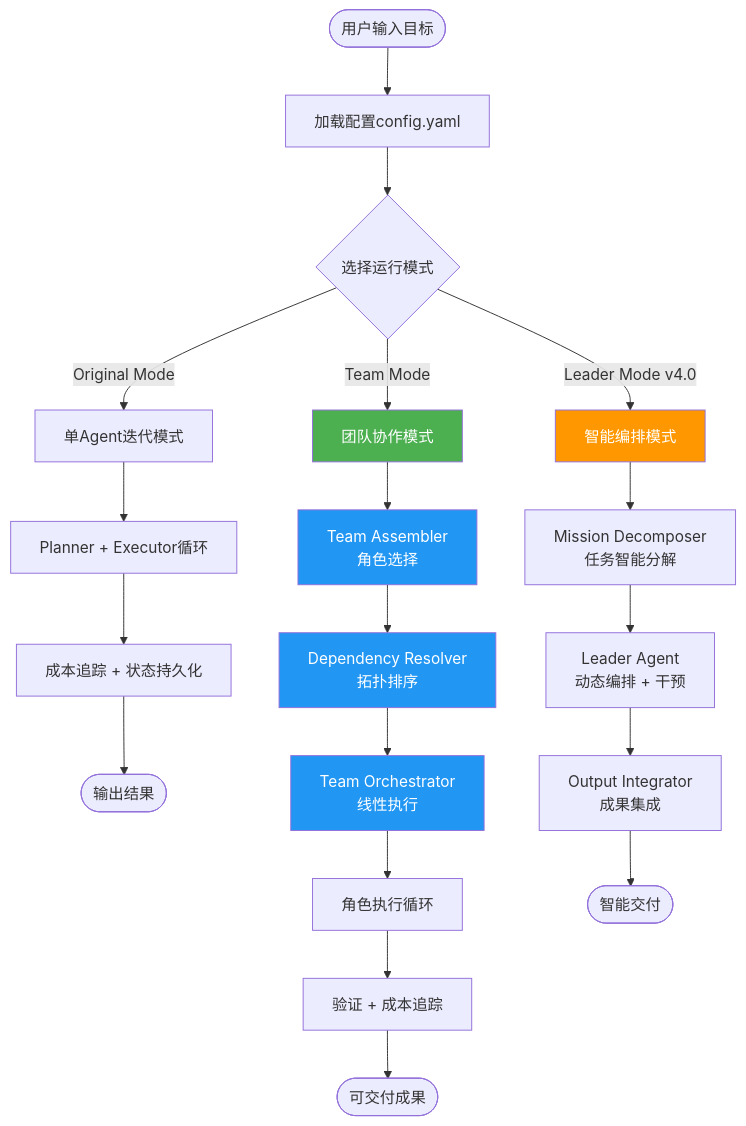
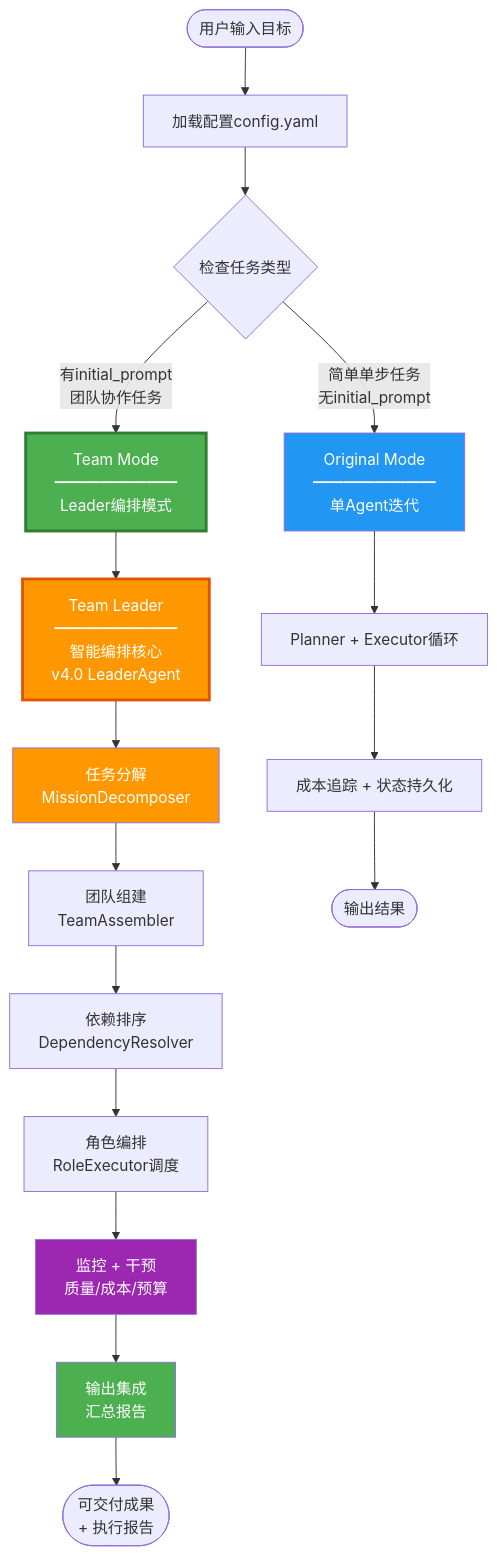
The first of 10 diagrams in AI-Native-Team-Workflow.md (aibesttop/claude-code-auto), drawn with Mermaid before and after one commit. The commit also changed other lines of this file and 1 other file, not shown here.

````diff
--- a/AI-Native-Team-Workflow.md
+++ b/AI-Native-Team-Workflow.md
@@ -9,32 +11,30 @@
 ```mermaid
 graph TB
     Start([用户输入目标]) --> Config[加载配置config.yaml]
-    Config --> ModeCheck{选择运行模式}
+    Config --> ModeCheck{检查任务类型}
 
-    ModeCheck -->|Original Mode| SingleAgent[单Agent迭代模式]
-    ModeCheck -->|Team Mode| TeamFlow[团队协作模式]
-    ModeCheck -->|Leader Mode v4.0| LeaderFlow[智能编排模式]
+    ModeCheck -->|有initial_prompt<br/>团队协作任务| TeamMode[Team Mode<br/>━━━━━━━━<br/>Leader编排模式]
+    ModeCheck -->|简单单步任务<br/>无initial_prompt| OriginalMode[Original Mode<br/>━━━━━━━━<br/>单Agent迭代]
 
-    SingleAgent --> PlanExec[Planner + Executor循环]
+    TeamMode --> LeaderCore[Team Leader<br/>━━━━━━━━<br/>智能编排核心<br/>v4.0 LeaderAgent]
+
+    LeaderCore --> TaskDecomp[任务分解<br/>MissionDecomposer]
+    TaskDecomp --> TeamAssembly[团队组建<br/>TeamAssembler]
+    TeamAssembly --> DepResolve[依赖排序<br/>DependencyResolver]
+    DepResolve --> RoleOrch[角色编排<br/>RoleExecutor调度]
+    RoleOrch --> Monitor[监控 + 干预<br/>质量/成本/预算]
+    Monitor --> Integrate[输出集成<br/>汇总报告]
+
+    OriginalMode --> PlanExec[Planner + Executor循环]
     PlanExec --> Monitor1[成本追踪 + 状态持久化]
     Monitor1 --> End1([输出结果])
 
-    TeamFlow --> Assembly
-    LeaderFlow --> MissionDecomp[Mission Decomposer<br/>任务智能分解]
+    Integrate --> End2([可交付成果<br/>+ 执行报告])
 
-    Assembly[Team Assembler<br/>角色选择] --> DepResolve[Dependency Resolver<br/>拓扑排序]
-    DepResolve --> Orchestrate[Team Orchestrator<br/>线性执行]
-    Orchestrate --> RoleLoop[角色执行循环]
-    RoleLoop --> Monitor2[验证 + 成本追踪]
-    Monitor2 --> End2([可交付成果])
-
-    MissionDecomp --> LeaderOrchestrate[Leader Agent<br/>动态编排 + 干预]
-    LeaderOrchestrate --> OutputIntegrate[Output Integrator<br/>成果集成]
-    OutputIntegrate --> End3([智能交付])
-
-    style TeamFlow fill:#4CAF50,color:#fff
-    style LeaderFlow fill:#FF9800,color:#fff
-    style Assembly fill:#2196F3,color:#fff
-    style DepResolve fill:#2196F3,color:#fff
-    style Orchestrate fill:#2196F3,color:#fff
+    style TeamMode fill:#4CAF50,color:#fff,stroke:#2E7D32,stroke-width:3px
+    style LeaderCore fill:#FF9800,color:#fff,stroke:#E65100,stroke-width:3px
+    style OriginalMode fill:#2196F3,color:#fff
+    style TaskDecomp fill:#FF9800,color:#fff
+    style Monitor fill:#9C27B0,color:#fff
+    style Integrate fill:#4CAF50,color:#fff
 ```
````
